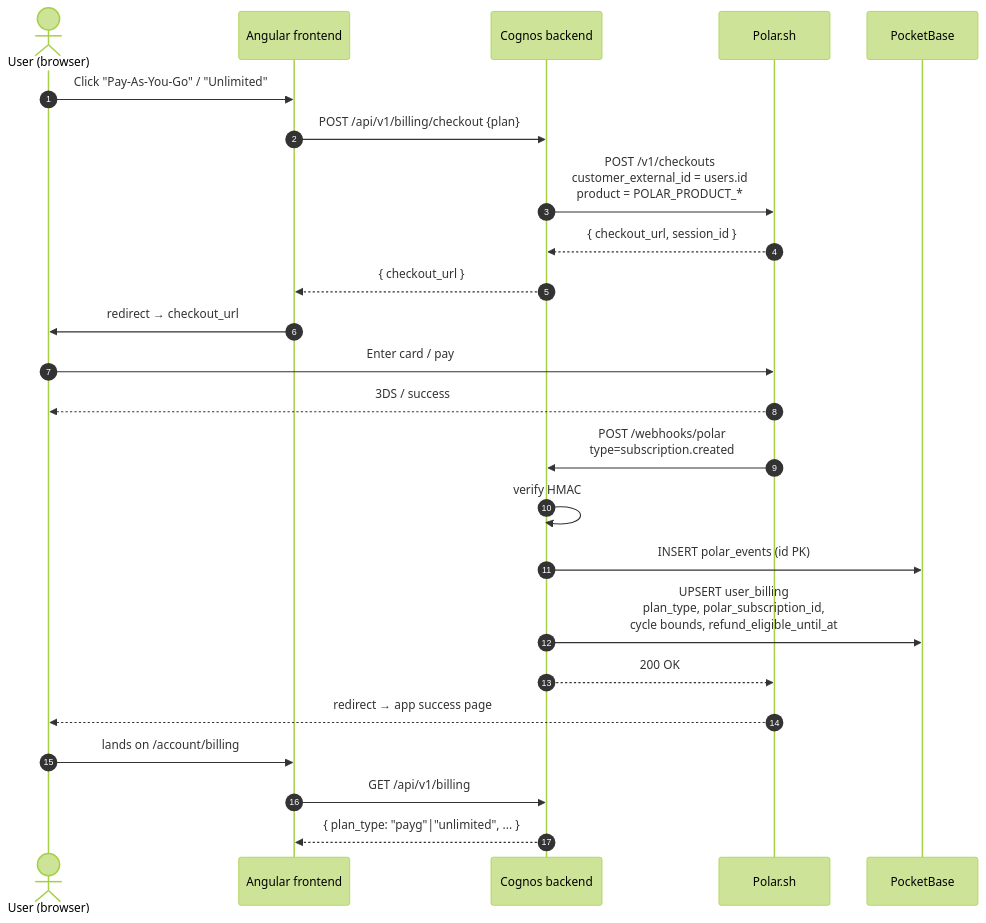
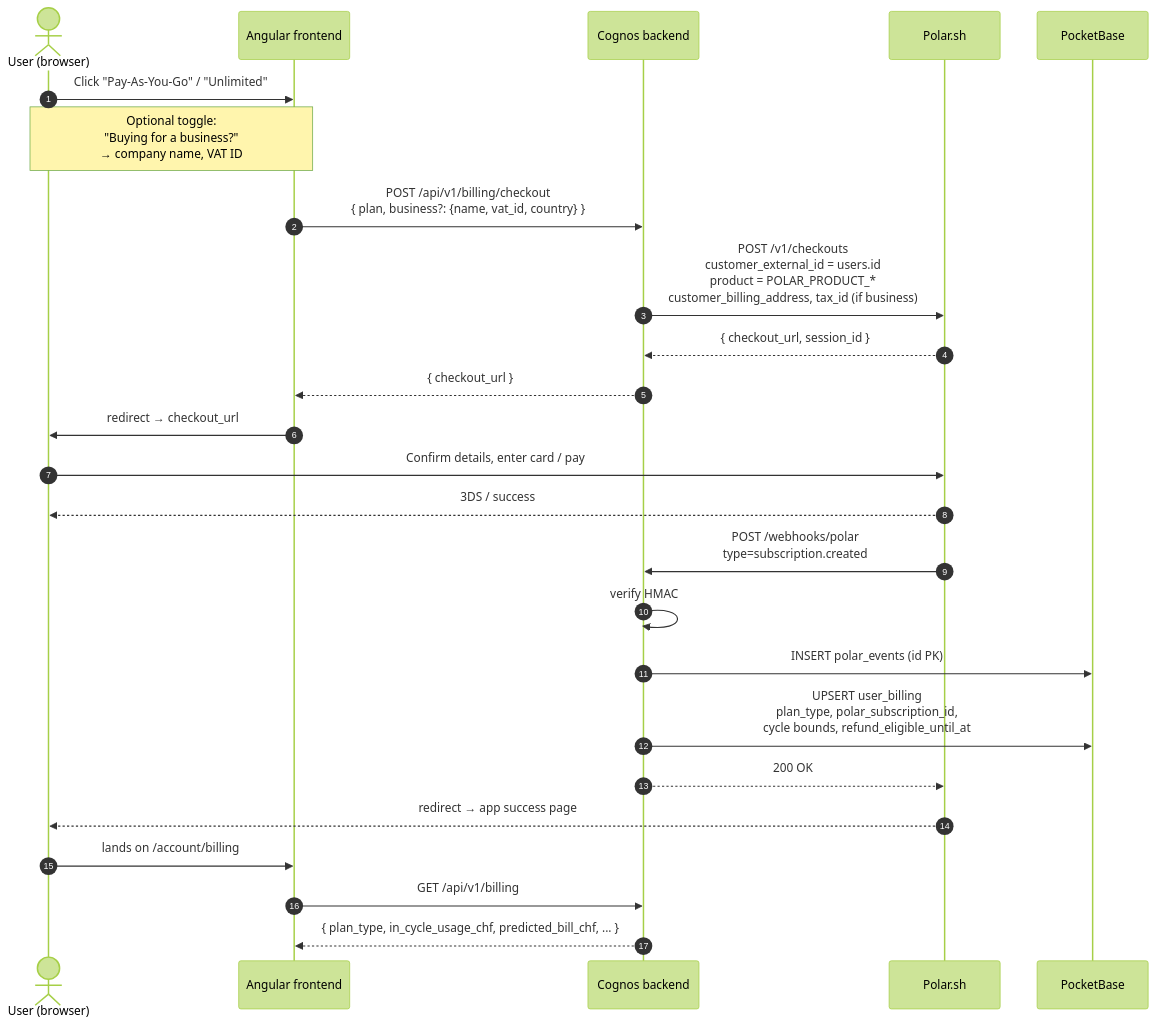
The second of 7 diagrams in docs/specs/billing.md (cognos-io/chat.cognos.io), drawn with Mermaid (forest theme) before and after one commit. The commit also changed other lines of this file, not shown here.

Commit message:
docs: update billing spec with some new decisions

````diff
--- a/docs/specs/billing.md
+++ b/docs/specs/billing.md
@@ -293,27 +332,28 @@
 ```mermaid
 sequenceDiagram
     autonumber
     actor U as User (browser)
     participant FE as Angular frontend
     participant BE as Cognos backend
     participant P as Polar.sh
     participant DB as PocketBase
 
     U->>FE: Click "Pay-As-You-Go" / "Unlimited"
-    FE->>BE: POST /api/v1/billing/checkout {plan}
-    BE->>P: POST /v1/checkouts<br/>customer_external_id = users.id<br/>product = POLAR_PRODUCT_*
+    Note over U,FE: Optional toggle:<br/>"Buying for a business?"<br/>→ company name, VAT ID
+    FE->>BE: POST /api/v1/billing/checkout<br/>{ plan, business?: {name, vat_id, country} }
+    BE->>P: POST /v1/checkouts<br/>customer_external_id = users.id<br/>product = POLAR_PRODUCT_*<br/>customer_billing_address, tax_id (if business)
     P-->>BE: { checkout_url, session_id }
     BE-->>FE: { checkout_url }
     FE->>U: redirect → checkout_url
-    U->>P: Enter card / pay
+    U->>P: Confirm details, enter card / pay
     P-->>U: 3DS / success
     P->>BE: POST /webhooks/polar<br/>type=subscription.created
     BE->>BE: verify HMAC
     BE->>DB: INSERT polar_events (id PK)
     BE->>DB: UPSERT user_billing<br/>plan_type, polar_subscription_id,<br/>cycle bounds, refund_eligible_until_at
     BE-->>P: 200 OK
     P-->>U: redirect → app success page
     U->>FE: lands on /account/billing
     FE->>BE: GET /api/v1/billing
-    BE-->>FE: { plan_type: "payg"|"unlimited", ... }
+    BE-->>FE: { plan_type, in_cycle_usage_chf, predicted_bill_chf, ... }
 ```
````
